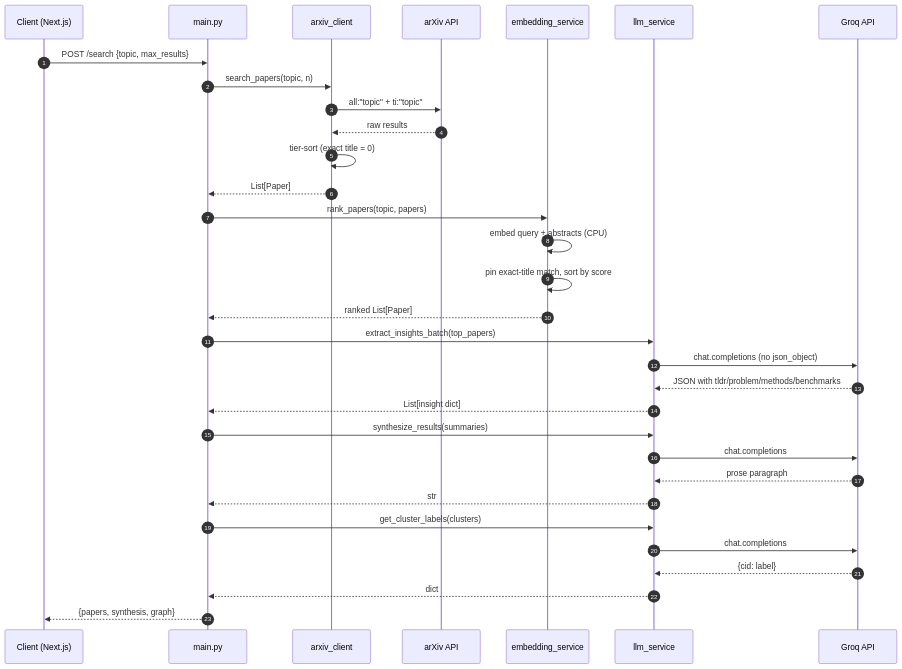
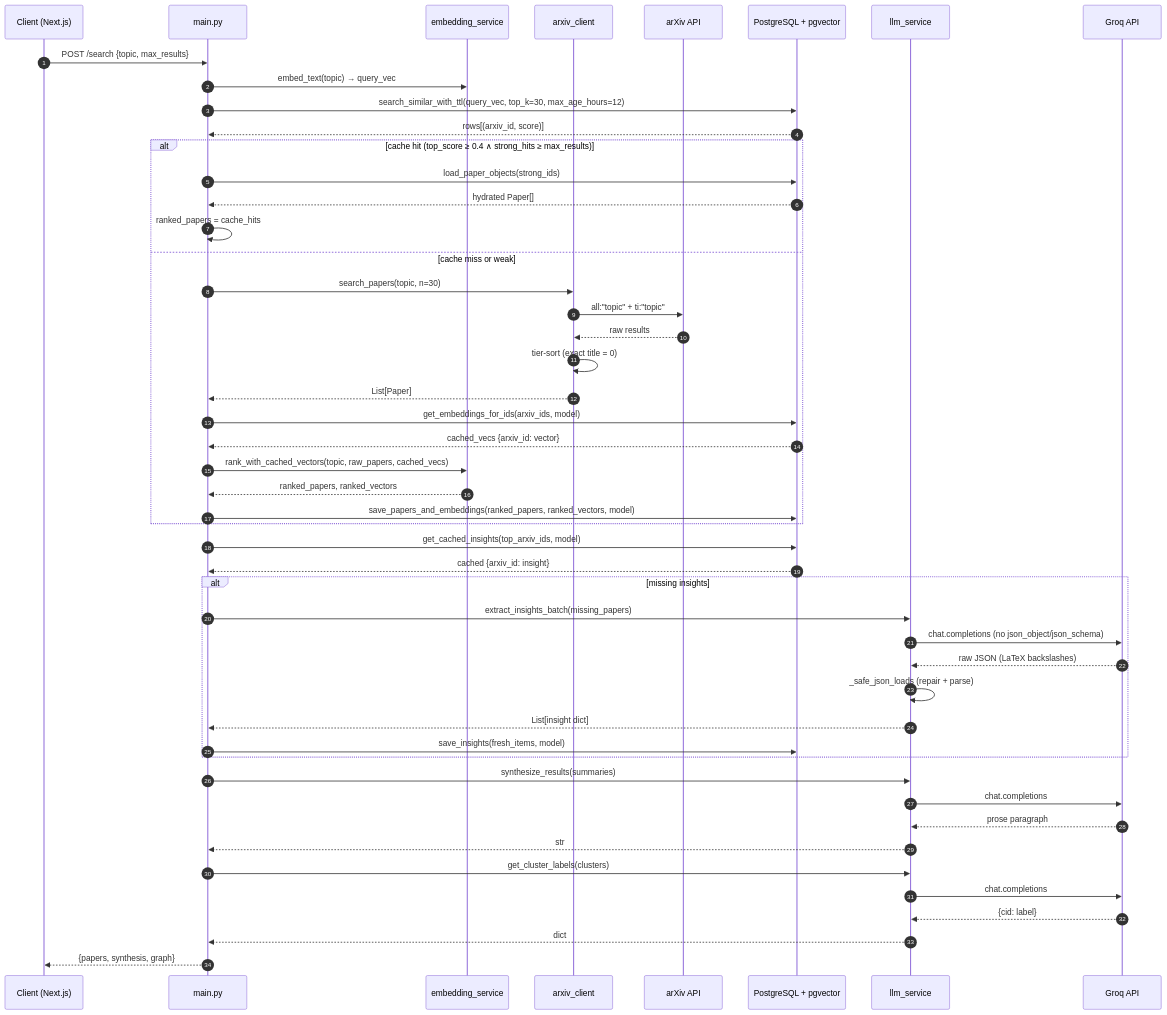
The second of 5 diagrams in REPORT.md (SKARAlpha0407/BTP_SEM_07), drawn with Mermaid before and after one commit. The commit also changed other lines of this file and 21 other files, not shown here.

First line of the commit message:
feat: pgvector-backed persistent cache for pipeline

````diff
--- a/REPORT.md
+++ b/REPORT.md
@@ -44,40 +67,60 @@
 ```mermaid
 sequenceDiagram
     autonumber
     participant C as Client (Next.js)
     participant M as main.py
+    participant E as embedding_service
     participant A as arxiv_client
     participant AX as arXiv API
-    participant E as embedding_service
+    participant DB as PostgreSQL + pgvector
     participant L as llm_service
     participant G as Groq API
 
     C->>M: POST /search {topic, max_results}
-    M->>A: search_papers(topic, n)
-    A->>AX: all:"topic" + ti:"topic"
-    AX-->>A: raw results
-    A->>A: tier-sort (exact title = 0)
-    A-->>M: List[Paper]
+    M->>E: embed_text(topic) → query_vec
 
-    M->>E: rank_papers(topic, papers)
-    E->>E: embed query + abstracts (CPU)
-    E->>E: pin exact-title match, sort by score
-    E-->>M: ranked List[Paper]
+    %% Cache-first lookup
+    M->>DB: search_similar_with_ttl(query_vec, top_k=30, max_age_hours=12)
+    DB-->>M: rows[(arxiv_id, score)]
+    alt cache hit (top_score ≥ 0.4 ∧ strong_hits ≥ max_results)
+        M->>DB: load_paper_objects(strong_ids)
+        DB-->>M: hydrated Paper[]
+        M->>M: ranked_papers = cache_hits
+    else cache miss or weak
+        M->>A: search_papers(topic, n=30)
+        A->>AX: all:"topic" + ti:"topic"
+        AX-->>A: raw results
+        A->>A: tier-sort (exact title = 0)
+        A-->>M: List[Paper]
 
-    M->>L: extract_insights_batch(top_papers)
-    L->>G: chat.completions (no json_object)
-    G-->>L: JSON with tldr/problem/methods/benchmarks
-    L-->>M: List[insight dict]
+        M->>DB: get_embeddings_for_ids(arxiv_ids, model)
+        DB-->>M: cached_vecs {arxiv_id: vector}
+        M->>E: rank_with_cached_vectors(topic, raw_papers, cached_vecs)
+        E-->>M: ranked_papers, ranked_vectors
+        M->>DB: save_papers_and_embeddings(ranked_papers, ranked_vectors, model)
+    end
+
+    %% Insights: cached first
+    M->>DB: get_cached_insights(top_arxiv_ids, model)
+    DB-->>M: cached {arxiv_id: insight}
+    alt missing insights
+        M->>L: extract_insights_batch(missing_papers)
+        L->>G: chat.completions (no json_object/json_schema)
+        G-->>L: raw JSON (LaTeX backslashes)
+        L->>L: _safe_json_loads (repair + parse)
+        L-->>M: List[insight dict]
+        M->>DB: save_insights(fresh_items, model)
+    end
 
     M->>L: synthesize_results(summaries)
     L->>G: chat.completions
     G-->>L: prose paragraph
     L-->>M: str
 
     M->>L: get_cluster_labels(clusters)
     L->>G: chat.completions
     G-->>L: {cid: label}
     L-->>M: dict
 
     M-->>C: {papers, synthesis, graph}
 ```
````
